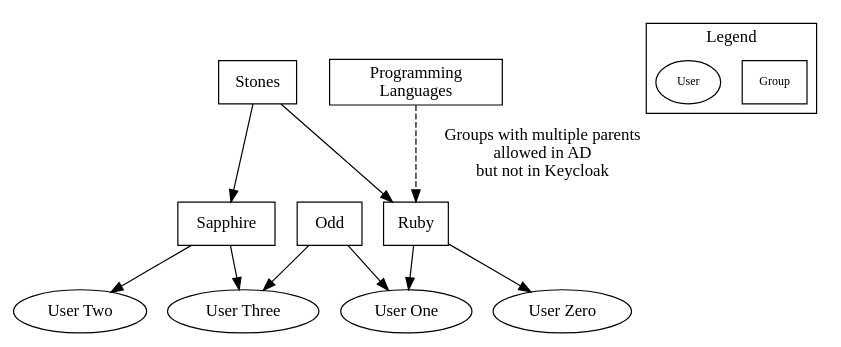
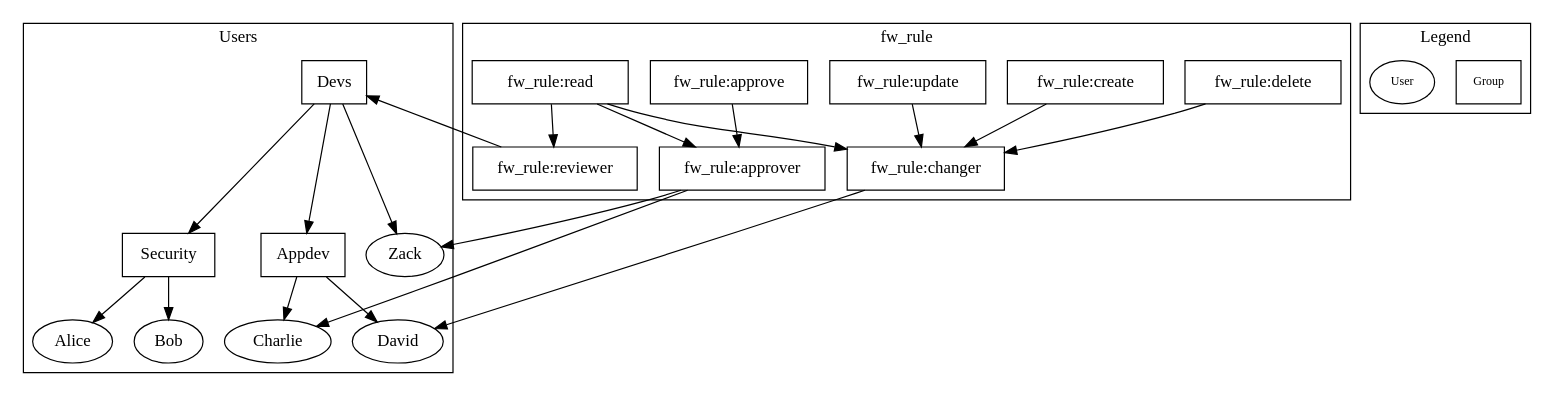
The diagram in provisioned-ad-structure.dot (ackerleytng/kc-ad-exploration), drawn with Graphviz before and after one commit. The commit also changed 2 other files, not shown here.

```diff
--- a/provisioned-ad-structure.dot
+++ b/provisioned-ad-structure.dot
@@ -1,42 +1,87 @@
-digraph {
-    stones -> ruby
-    stones -> sapphire
+digraph g {
+    newrank=true
 
-    ruby -> user0
-    ruby -> user1
+    subgraph cluster_0 {
+        label="Users"
 
-    sapphire -> user2
-    sapphire -> user3
+        devs [label="Devs",shape=rectangle]
+        security [label="Security",shape=rectangle]
+        appdev [label="Appdev",shape=rectangle]
 
-    stones [label="Stones",shape=rectangle]
-    ruby [label="Ruby",shape=rectangle]
-    sapphire [label="Sapphire",shape=rectangle]
+        user0 [label="Alice"]
+        user1 [label="Bob"]
+        user2 [label="Charlie"]
+        user3 [label="David"]
+        user4 [label="Zack"]
 
-    odd [label="Odd",shape=rectangle]
+        devs -> security
+        devs -> appdev
+        devs -> user4
 
-    odd -> user1
-    odd -> user3
+        security -> user0
+        security -> user1
 
-    programming_languages [label="Programming\nLanguages",shape=rectangle,width=2]
+        appdev -> user2
+        appdev -> user3
 
-    programming_languages -> ruby [label="Groups with multiple parents\nallowed in AD\nbut not in Keycloak",style=dashed]
+        {
+            rank=same
+            user4
+            security
+            appdev
+        }
+    }
 
-    user0 [label="User Zero"]
-    user1 [label="User One"]
-    user2 [label="User Two"]
-    user3 [label="User Three"]
+    subgraph cluster_1 {
+        label="fw_rule"
 
-    spacing [style=invisible]
+        fwr_approve [label="fw_rule:approve",shape=rectangle,width=1.8]
+        fwr_create [label="fw_rule:create",shape=rectangle,width=1.8]
+        fwr_read [label="fw_rule:read",shape=rectangle,width=1.8]
+        fwr_update [label="fw_rule:update",shape=rectangle,width=1.8]
+        fwr_delete [label="fw_rule:delete",shape=rectangle,width=1.8]
 
-    node [fontsize=10]
+        fwr_approver [label="fw_rule:approver",shape=rectangle,width=1.8]
+        fwr_changer [label="fw_rule:changer",shape=rectangle,width=1.8]
+        fwr_reviewer [label="fw_rule:reviewer",shape=rectangle,width=1.8]
+
+        fwr_approve -> fwr_approver
+        fwr_read -> fwr_approver
+
+        fwr_create -> fwr_changer
+        fwr_read -> fwr_changer
+        fwr_update -> fwr_changer
+        fwr_delete -> fwr_changer
+
+        fwr_read -> fwr_reviewer
+
+        fwr_reviewer -> devs
+        fwr_approver -> user2
+        fwr_approver -> user4
+
+        fwr_changer -> user3
+    }
+
+    {
+        rank=same
+        fwr_approve
+        fwr_create
+        fwr_read
+        fwr_update
+        fwr_delete
+
+        devs
+    }
+
     subgraph cluster_key {
+        node [fontsize=10]
         label="Legend"
         {
-            rank = same
+            rank=same
             groups
             users
         }
         groups [label="Group",shape=rectangle]
         users [label="User"]
     }
 }
```
